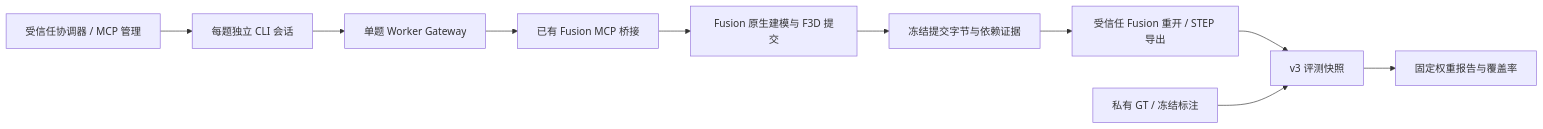
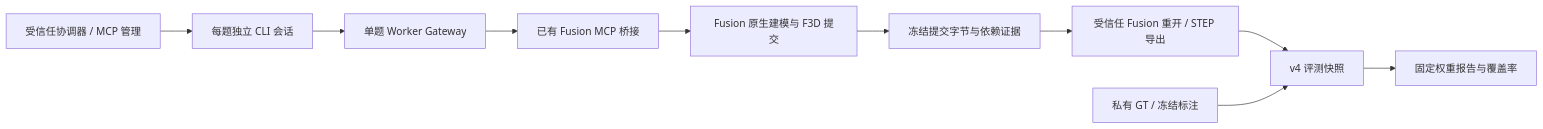
One commit to espresso205/fusion-benchmark-plugin changed the diagram in docs/ARCHITECTURE.md. Above: the diagram before and after it, drawn with Mermaid. The commit also changed other lines of this file and 42 other files, not shown here.

````diff
--- a/docs/ARCHITECTURE.md
+++ b/docs/ARCHITECTURE.md
@@ -3,12 +3,12 @@
 ```mermaid
 flowchart LR
     A[受信任协调器 / MCP 管理] --> B[每题独立 CLI 会话]
     B --> C[单题 Worker Gateway]
     C --> D[已有 Fusion MCP 桥接]
     D --> E[Fusion 原生建模与 F3D 提交]
     E --> F[冻结提交字节与依赖证据]
     F --> G[受信任 Fusion 重开 / STEP 导出]
-    G --> H[v3 评测快照]
+    G --> H[v4 评测快照]
     H --> I[固定权重报告与覆盖率]
     J[私有 GT / 冻结标注] --> H
 ```
````
